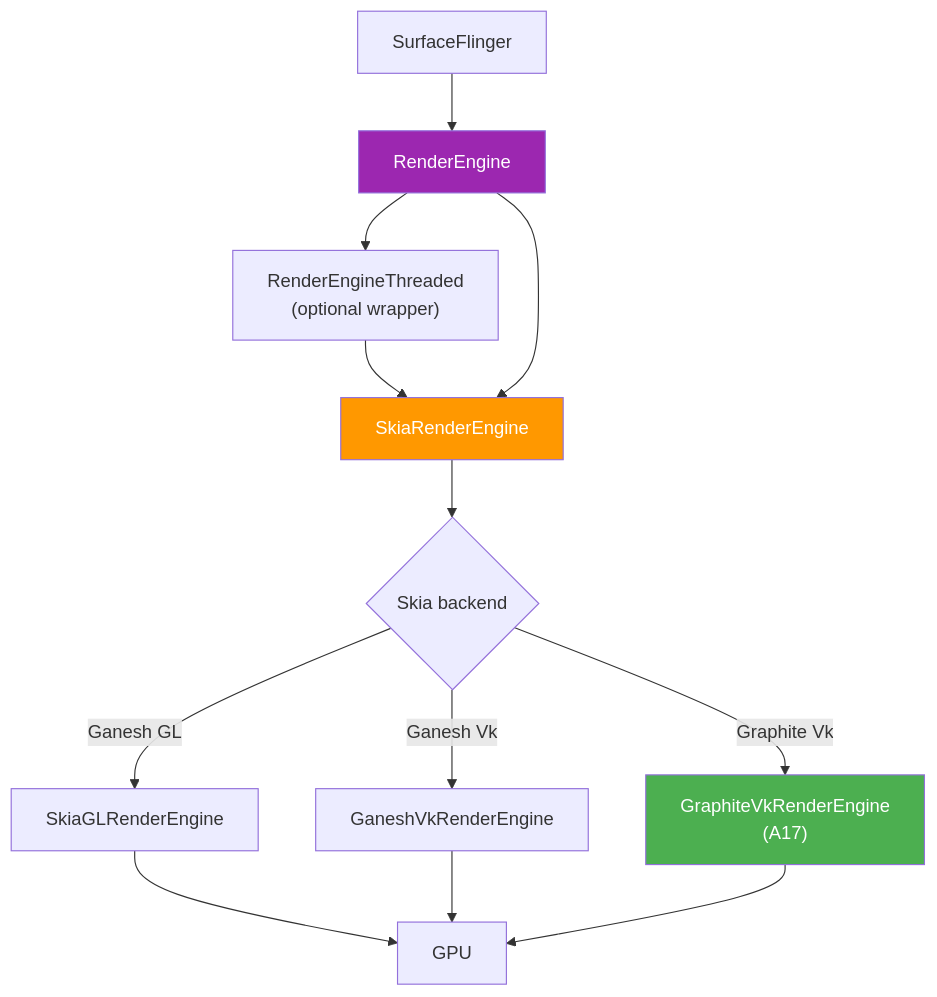
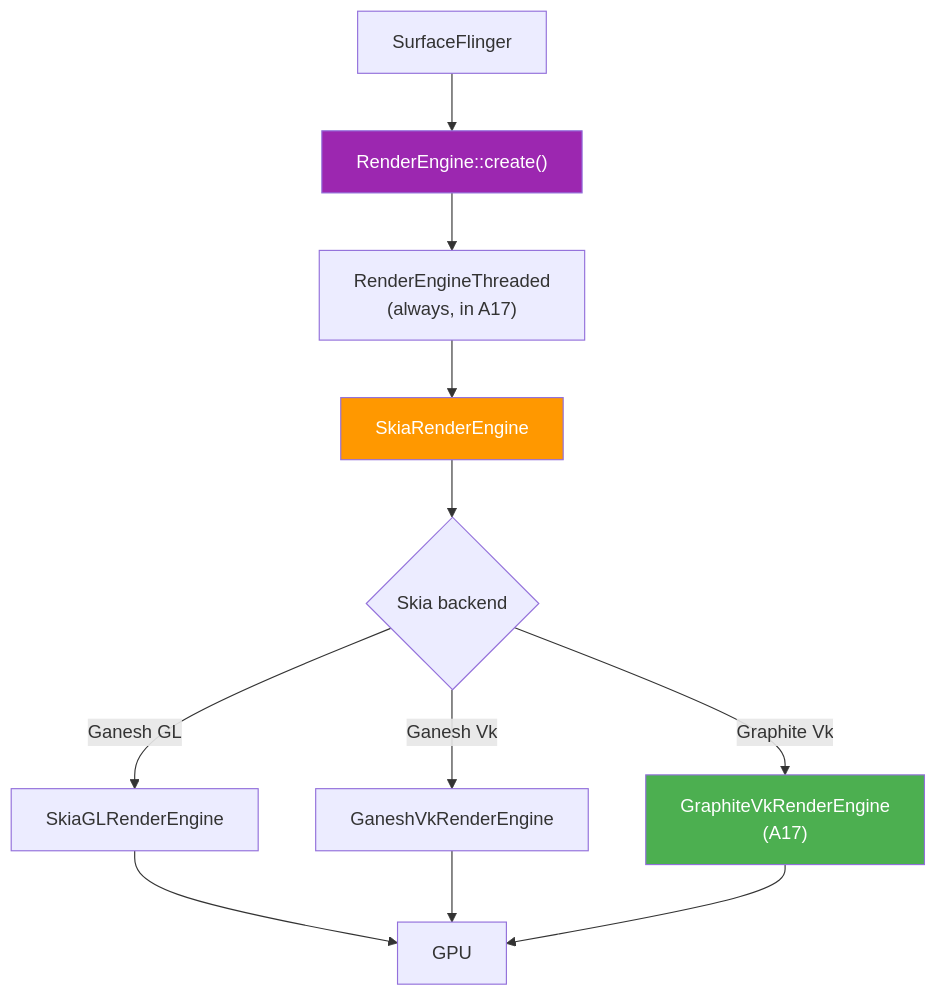
One commit to aospbooks/aosp-internal-book changed diagram 21 of 54 in 13-graphics-render-pipeline.md. Above: the diagram before and after it, drawn with Mermaid. The commit also changed other lines of this file and 68 other files, not shown here.

````diff
--- a/13-graphics-render-pipeline.md
+++ b/13-graphics-render-pipeline.md
@@ -2154,18 +2154,17 @@
 ```mermaid
 graph TD
-    A["SurfaceFlinger"] --> B["RenderEngine"]
-    B --> RT["RenderEngineThreaded<br/>(optional wrapper)"]
+    A["SurfaceFlinger"] --> B["RenderEngine::create()"]
+    B --> RT["RenderEngineThreaded<br/>(always, in A17)"]
     RT --> C["SkiaRenderEngine"]
-    B --> C
     C --> D{"Skia backend"}
     D -->|Ganesh GL| F["SkiaGLRenderEngine"]
     D -->|Ganesh Vk| G["GaneshVkRenderEngine"]
     D -->|Graphite Vk| GR["GraphiteVkRenderEngine<br/>(A17)"]
     F --> H["GPU"]
     G --> H
     GR --> H
 
     style B fill:#9C27B0,color:#fff
     style C fill:#FF9800,color:#fff
     style GR fill:#4CAF50,color:#fff
 ```
````
